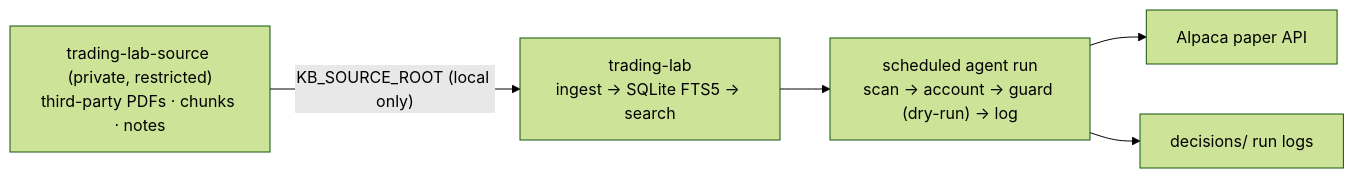
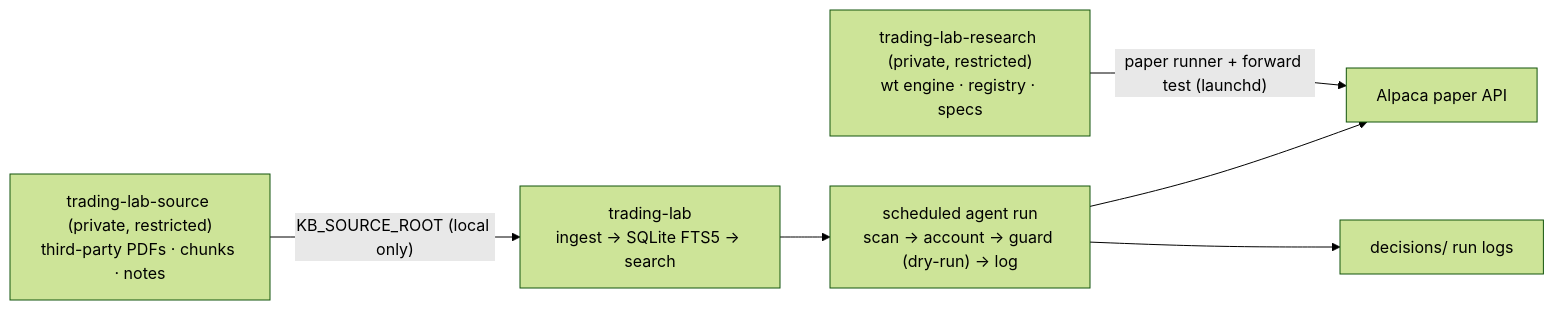
One commit to Algorythmos-AI/algorythmos-handbook changed the fourth of 5 diagrams in docs/architecture.md. Above: the diagram before and after it, drawn with Mermaid (forest theme). The commit also changed other lines of this file and 1 other file, not shown here.

Commit message:
catalog: add trading-lab-research (private, restricted) (#4)

````diff
--- a/docs/architecture.md
+++ b/docs/architecture.md
@@ -115,7 +118,8 @@
 ```mermaid
 flowchart LR
   src["trading-lab-source (private, restricted)<br/>third-party PDFs · chunks · notes"] -- "KB_SOURCE_ROOT (local only)" --> kb["trading-lab<br/>ingest → SQLite FTS5 → search"]
   kb --> run["scheduled agent run<br/>scan → account → guard (dry-run) → log"]
   run --> alpaca["Alpaca paper API"]
   run --> dec["decisions/ run logs"]
+  res["trading-lab-research (private, restricted)<br/>wt engine · registry · specs"] -- "paper runner + forward test (launchd)" --> alpaca
 ```
````
